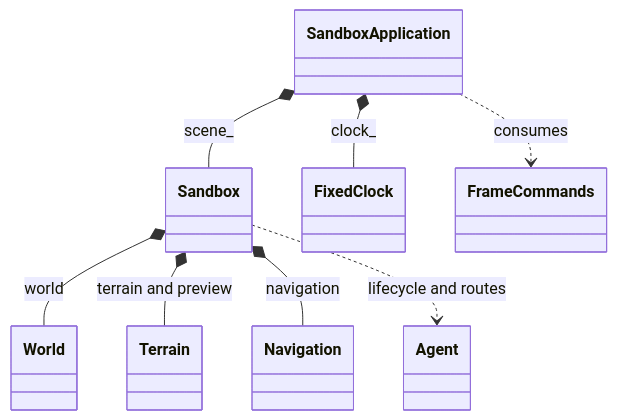
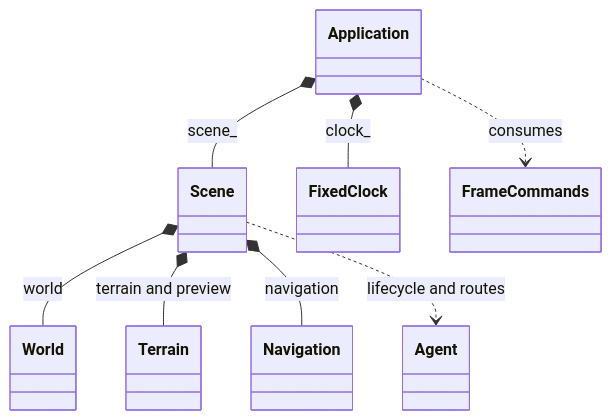
The second of 2 diagrams in labs/demo/README.md (SMB-M87/Kinetra-Lab), drawn with Mermaid before and after one commit. The commit also changed other lines of this file and 40 other files, not shown here.

````diff
--- a/labs/demo/README.md
+++ b/labs/demo/README.md
@@ -57,10 +57,10 @@
 ```mermaid
 classDiagram
-    SandboxApplication *-- Sandbox : scene_
-    SandboxApplication *-- FixedClock : clock_
-    SandboxApplication ..> FrameCommands : consumes
-    Sandbox *-- World : world
-    Sandbox *-- Terrain : terrain and preview
-    Sandbox *-- Navigation : navigation
-    Sandbox ..> Agent : lifecycle and routes
+    Application *-- Scene : scene_
+    Application *-- FixedClock : clock_
+    Application ..> FrameCommands : consumes
+    Scene *-- World : world
+    Scene *-- Terrain : terrain and preview
+    Scene *-- Navigation : navigation
+    Scene ..> Agent : lifecycle and routes
 ```
````
